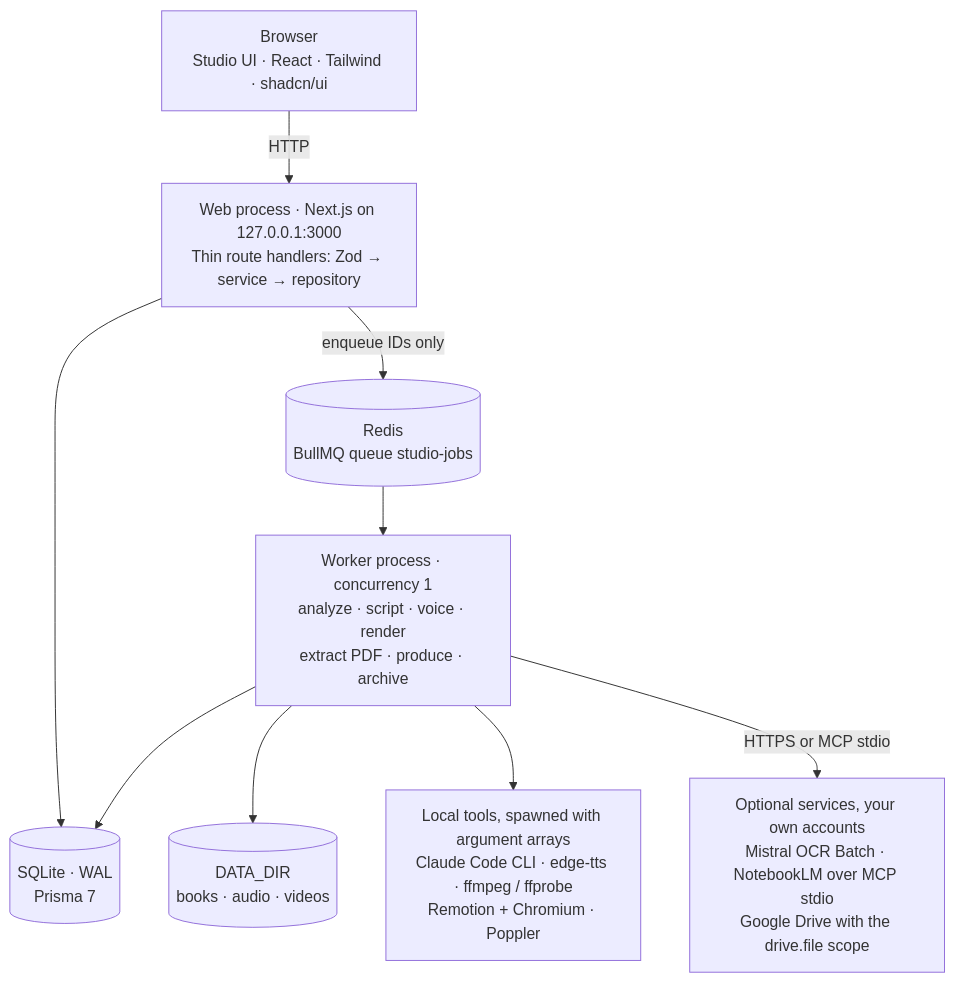
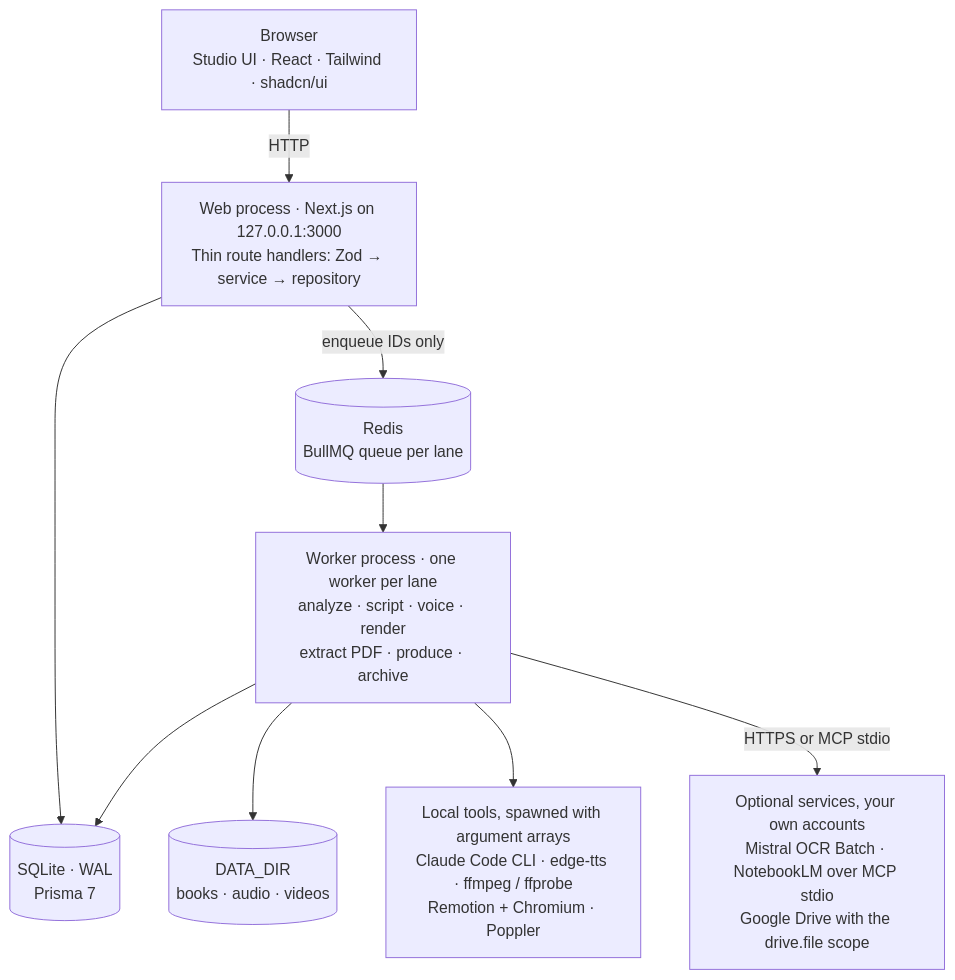
Before and after one commit to minhhieple97/short-video-workflow: the fourth of 5 diagrams in README.md, drawn with Mermaid. The commit also changed other lines of this file and 67 other files, not shown here.

````diff
--- a/README.md
+++ b/README.md
@@ -280,20 +280,20 @@
 ```mermaid
 flowchart TB
     UI["Browser<br/>Studio UI · React · Tailwind · shadcn/ui"]
     API["Web process · Next.js on 127.0.0.1:3000<br/>Thin route handlers: Zod → service → repository"]
     DB[("SQLite · WAL<br/>Prisma 7")]
-    Q[("Redis<br/>BullMQ queue studio-jobs")]
-    PR["Worker process · concurrency 1<br/>analyze · script · voice · render<br/>extract PDF · produce · archive"]
+    Q[("Redis<br/>BullMQ queue per lane")]
+    PR["Worker process · one worker per lane<br/>analyze · script · voice · render<br/>extract PDF · produce · archive"]
     FS[("DATA_DIR<br/>books · audio · videos")]
     LOCAL["Local tools, spawned with argument arrays<br/>Claude Code CLI · edge-tts · ffmpeg / ffprobe<br/>Remotion + Chromium · Poppler"]
     CLOUD["Optional services, your own accounts<br/>Mistral OCR Batch · NotebookLM over MCP stdio<br/>Google Drive with the drive.file scope"]
 
     UI -->|HTTP| API
     API --> DB
     API -->|"enqueue IDs only"| Q
     Q --> PR
     PR --> DB
     PR --> FS
     PR --> LOCAL
     PR -->|"HTTPS or MCP stdio"| CLOUD
 ```
````
